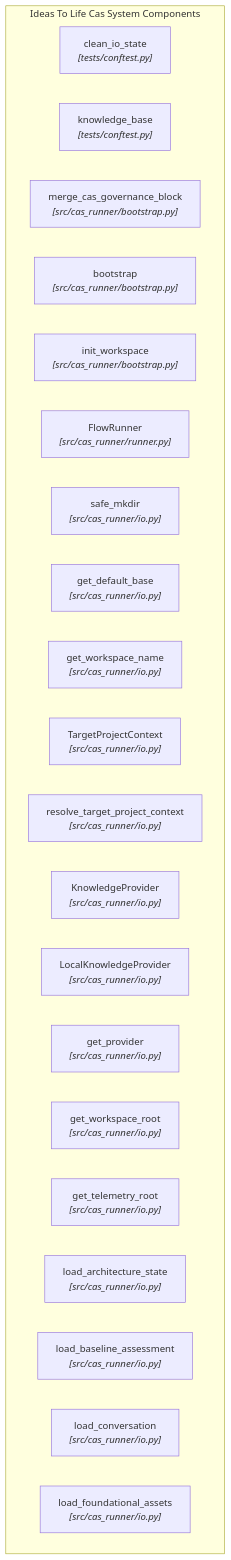
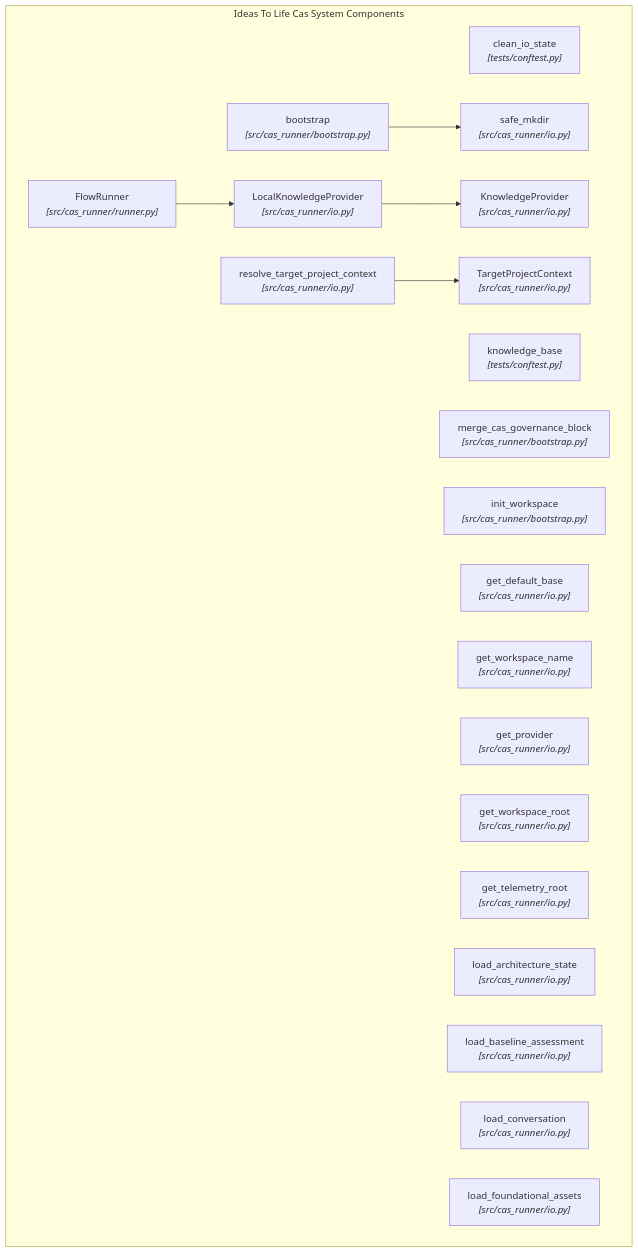
The diagram in projects/ideas-to-life-cas/architecture-state/diagrams/components.mmd (cas-governance-portal/cas-governance-portal.github.io), drawn with Mermaid before and after one commit. The commit also changed other lines of this file and 66 other files, not shown here.

```diff
--- a/projects/ideas-to-life-cas/architecture-state/diagrams/components.mmd
+++ b/projects/ideas-to-life-cas/architecture-state/diagrams/components.mmd
@@ -1,23 +1,27 @@
 flowchart TD
     subgraph Components["Ideas To Life Cas System Components"]
         comp_clean_io_state["clean_io_state<br/><i>[tests/conftest.py]</i>"]
         comp_knowledge_base["knowledge_base<br/><i>[tests/conftest.py]</i>"]
         comp_merge_cas_governance_block["merge_cas_governance_block<br/><i>[src/cas_runner/bootstrap.py]</i>"]
         comp_bootstrap["bootstrap<br/><i>[src/cas_runner/bootstrap.py]</i>"]
         comp_init_workspace["init_workspace<br/><i>[src/cas_runner/bootstrap.py]</i>"]
         comp_flowrunner["FlowRunner<br/><i>[src/cas_runner/runner.py]</i>"]
         comp_safe_mkdir["safe_mkdir<br/><i>[src/cas_runner/io.py]</i>"]
         comp_get_default_base["get_default_base<br/><i>[src/cas_runner/io.py]</i>"]
         comp_get_workspace_name["get_workspace_name<br/><i>[src/cas_runner/io.py]</i>"]
         comp_targetprojectcontext["TargetProjectContext<br/><i>[src/cas_runner/io.py]</i>"]
         comp_resolve_target_project_context["resolve_target_project_context<br/><i>[src/cas_runner/io.py]</i>"]
         comp_knowledgeprovider["KnowledgeProvider<br/><i>[src/cas_runner/io.py]</i>"]
         comp_localknowledgeprovider["LocalKnowledgeProvider<br/><i>[src/cas_runner/io.py]</i>"]
         comp_get_provider["get_provider<br/><i>[src/cas_runner/io.py]</i>"]
         comp_get_workspace_root["get_workspace_root<br/><i>[src/cas_runner/io.py]</i>"]
         comp_get_telemetry_root["get_telemetry_root<br/><i>[src/cas_runner/io.py]</i>"]
         comp_load_architecture_state["load_architecture_state<br/><i>[src/cas_runner/io.py]</i>"]
         comp_load_baseline_assessment["load_baseline_assessment<br/><i>[src/cas_runner/io.py]</i>"]
         comp_load_conversation["load_conversation<br/><i>[src/cas_runner/io.py]</i>"]
         comp_load_foundational_assets["load_foundational_assets<br/><i>[src/cas_runner/io.py]</i>"]
     end
+    comp_flowrunner --> comp_localknowledgeprovider
+    comp_bootstrap --> comp_safe_mkdir
+    comp_localknowledgeprovider --> comp_knowledgeprovider
+    comp_resolve_target_project_context --> comp_targetprojectcontext
```
